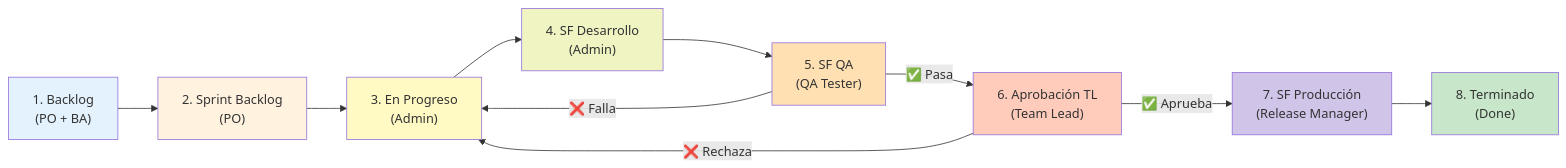
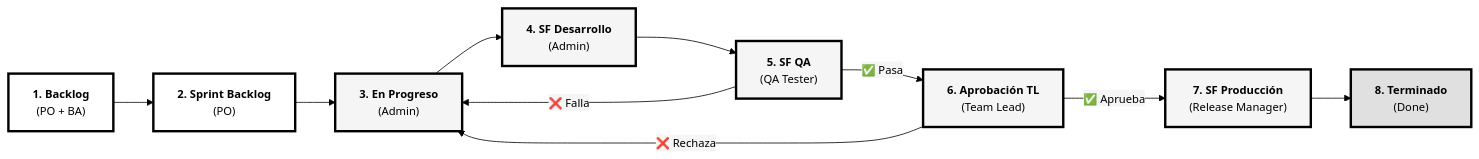
The diagram in content/Lumina_Tech/DIAGRAMA_FLUJO_TRELLO.md (wigsdev/salesforce_admin), drawn with Mermaid before and after one commit. The commit also changed 1 other file, not shown here.

Commit message:
docs: improve diagram visibility with high-contrast monochrome style

````diff
--- a/content/Lumina_Tech/DIAGRAMA_FLUJO_TRELLO.md
+++ b/content/Lumina_Tech/DIAGRAMA_FLUJO_TRELLO.md
@@ -3,21 +3,21 @@
 ```mermaid
+%%{init: {'theme':'base', 'themeVariables': { 'primaryColor':'#fff','primaryTextColor':'#000','primaryBorderColor':'#000','lineColor':'#000','secondaryColor':'#f5f5f5','tertiaryColor':'#e0e0e0','fontSize':'14px'}}}%%
 graph LR
-    A["1. Backlog<br/>(PO + BA)"] --> B["2. Sprint Backlog<br/>(PO)"]
-    B --> C["3. En Progreso<br/>(Admin)"]
-    C --> D["4. SF Desarrollo<br/>(Admin)"]
-    D --> E["5. SF QA<br/>(QA Tester)"]
-    E -->|❌ Falla| C
-    E -->|✅ Pasa| F["6. Aprobación TL<br/>(Team Lead)"]
-    F -->|❌ Rechaza| C
-    F -->|✅ Aprueba| G["7. SF Producción<br/>(Release Manager)"]
-    G --> H["8. Terminado<br/>(Done)"]
+    A["<b>1. Backlog</b><br/>(PO + BA)"] --> B["<b>2. Sprint Backlog</b><br/>(PO)"]
+    B --> C["<b>3. En Progreso</b><br/>(Admin)"]
+    C --> D["<b>4. SF Desarrollo</b><br/>(Admin)"]
+    D --> E["<b>5. SF QA</b><br/>(QA Tester)"]
+    E -->|"❌ Falla"| C
+    E -->|"✅ Pasa"| F["<b>6. Aprobación TL</b><br/>(Team Lead)"]
+    F -->|"❌ Rechaza"| C
+    F -->|"✅ Aprueba"| G["<b>7. SF Producción</b><br/>(Release Manager)"]
+    G --> H["<b>8. Terminado</b><br/>(Done)"]
     
-    style A fill:#e3f2fd
-    style B fill:#fff3e0
-    style C fill:#fff9c4
-    style D fill:#f0f4c3
-    style E fill:#ffe0b2
-    style F fill:#ffccbc
-    style G fill:#d1c4e9
-    style H fill:#c8e6c9
+    classDef defaultStyle fill:#fff,stroke:#000,stroke-width:3px,color:#000
+    classDef progressStyle fill:#f5f5f5,stroke:#000,stroke-width:3px,color:#000
+    classDef doneStyle fill:#e0e0e0,stroke:#000,stroke-width:3px,color:#000
+    
+    class A,B defaultStyle
+    class C,D,E,F,G progressStyle
+    class H doneStyle
 ```
````
